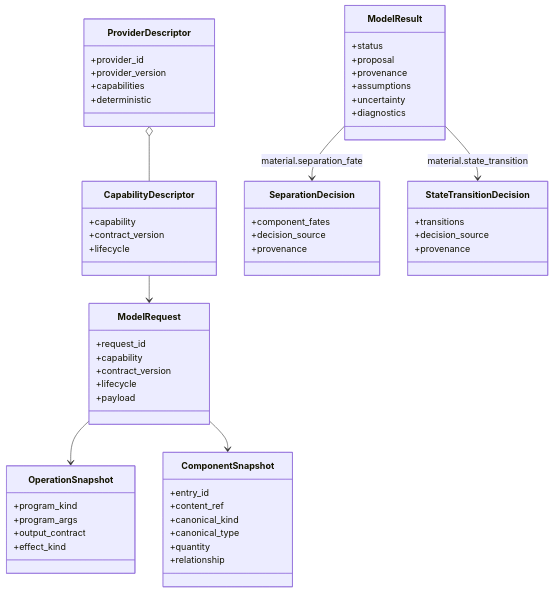
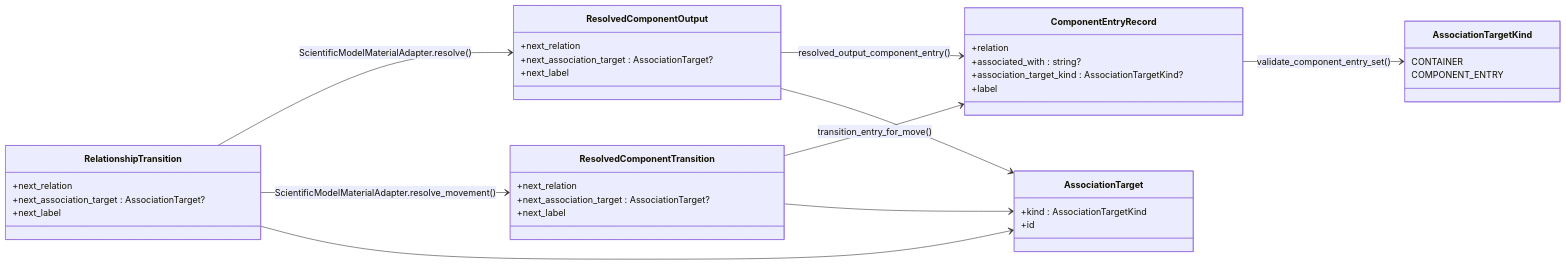
One commit to culsma/culsma changed the third of 4 diagrams in docs/architecture/scientific_model_module_diagrams.md. Above: the diagram before and after it, drawn with Mermaid. The commit also changed other lines of this file and 27 other files, not shown here.

Commit message:
refactor(material): enforce gateway-owned state transitions

````diff
--- a/docs/architecture/scientific_model_module_diagrams.md
+++ b/docs/architecture/scientific_model_module_diagrams.md
@@ -168,67 +137,43 @@
 ```mermaid
 classDiagram
-    class CapabilityDescriptor {
-        +capability
-        +contract_version
-        +lifecycle
+    direction LR
+
+    class RelationshipTransition {
+        +next_relation
+        +next_association_target : AssociationTarget?
+        +next_label
+    }
+    class ResolvedComponentOutput {
+        +next_relation
+        +next_association_target : AssociationTarget?
+        +next_label
+    }
+    class ResolvedComponentTransition {
+        +next_relation
+        +next_association_target : AssociationTarget?
+        +next_label
+    }
+    class ComponentEntryRecord {
+        +relation
+        +associated_with : string?
+        +association_target_kind : AssociationTargetKind?
+        +label
+    }
+    class AssociationTarget {
+        +kind : AssociationTargetKind
+        +id
+    }
+    class AssociationTargetKind {
+        CONTAINER
+        COMPONENT_ENTRY
     }
 
-    class ProviderDescriptor {
-        +provider_id
-        +provider_version
-        +capabilities
-        +deterministic
-    }
-
-    class ModelRequest {
-        +request_id
-        +capability
-        +contract_version
-        +lifecycle
-        +payload
-    }
-
-    class ModelResult {
-        +status
-        +proposal
-        +provenance
-        +assumptions
-        +uncertainty
-        +diagnostics
-    }
-
-    class OperationSnapshot {
-        +program_kind
-        +program_args
-        +output_contract
-        +effect_kind
-    }
-
-    class ComponentSnapshot {
-        +entry_id
-        +content_ref
-        +canonical_kind
-        +canonical_type
-        +quantity
-        +relationship
-    }
-
-    class SeparationDecision {
-        +component_fates
-        +decision_source
-        +provenance
-    }
-
-    class StateTransitionDecision {
-        +transitions
-        +decision_source
-        +provenance
-    }
-
-    ModelRequest --> OperationSnapshot
-    ModelRequest --> ComponentSnapshot
-    ModelResult --> SeparationDecision : material.separation_fate
-    ModelResult --> StateTransitionDecision : material.state_transition
-    CapabilityDescriptor --> ModelRequest
-    ProviderDescriptor o-- CapabilityDescriptor
+    RelationshipTransition --> ResolvedComponentOutput : ScientificModelMaterialAdapter.resolve()
+    RelationshipTransition --> ResolvedComponentTransition : ScientificModelMaterialAdapter.resolve_movement()
+    ResolvedComponentOutput --> ComponentEntryRecord : resolved_output_component_entry()
+    ResolvedComponentTransition --> ComponentEntryRecord : transition_entry_for_move()
+    RelationshipTransition --> AssociationTarget
+    ResolvedComponentOutput --> AssociationTarget
+    ResolvedComponentTransition --> AssociationTarget
+    ComponentEntryRecord --> AssociationTargetKind : validate_component_entry_set()
 ```
````
